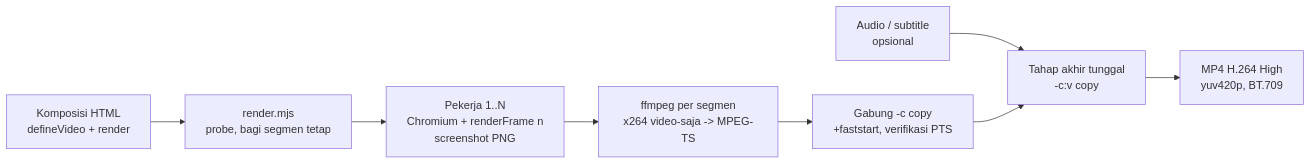
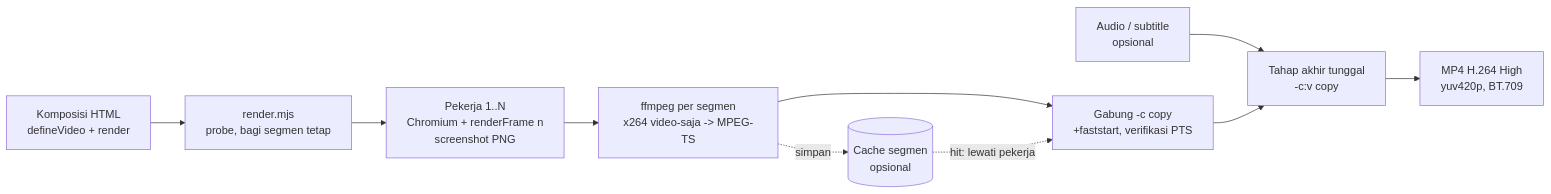
Before and after one commit to ahliweb/awvd: the first of 3 diagrams in docs/arsitektur.md, drawn with Mermaid. The commit also changed other lines of this file and 7 other files, not shown here.

First line of the commit message:
feat: cache segmen render dengan kunci global dan manifest berkas per segmen (#46)

````diff
--- a/docs/arsitektur.md
+++ b/docs/arsitektur.md
@@ -13,10 +13,12 @@
 ```mermaid
 flowchart LR
     K[Komposisi HTML<br/>defineVideo + render] --> O[render.mjs<br/>probe, bagi segmen tetap]
     O --> P1[Pekerja 1..N<br/>Chromium + renderFrame n<br/>screenshot PNG]
     P1 --> F[ffmpeg per segmen<br/>x264 video-saja -> MPEG-TS]
     F --> G[Gabung -c copy<br/>+faststart, verifikasi PTS]
     A[Audio / subtitle<br/>opsional] --> Z[Tahap akhir tunggal<br/>-c:v copy]
     G --> Z
     Z --> M[MP4 H.264 High<br/>yuv420p, BT.709]
+    CS[(Cache segmen<br/>opsional)] -.hit: lewati pekerja.-> G
+    F -.simpan.-> CS
 ```
````
